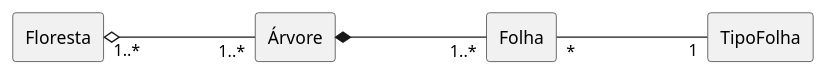
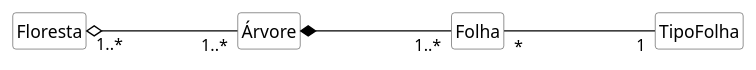
One commit to kyriosdata/oo changed the diagram in imagens/modelos-03/mod03ima10/mod03ima10.plantuml. Above: the diagram before and after it, drawn with PlantUML. The commit also changed 26 other files, not shown here.

```diff
--- a/imagens/modelos-03/mod03ima10/mod03ima10.plantuml
+++ b/imagens/modelos-03/mod03ima10/mod03ima10.plantuml
@@ -1,11 +1,20 @@
 @startuml mod03ima10
+hide circle
+hide methods
+hide empty members
+
+skinparam class {
+    BackgroundColor White
+    ArrowColor Black
+    BorderColor #505050
+}
 skinparam ClassAttributeIconSize 0
-rectangle "Floresta" as fl 
-rectangle "Árvore" as ar 
-rectangle "Folha" as fo 
-rectangle "TipoFolha" as ti 
+class "Floresta" as fl 
+class "Árvore" as ar 
+class "Folha" as fo 
+class "TipoFolha" as ti 
 left to right direction
 fl "1..*" o--- "1..*" ar 
 ar *---"1..*" fo
 fo "*"---"1" ti
 @enduml
```
